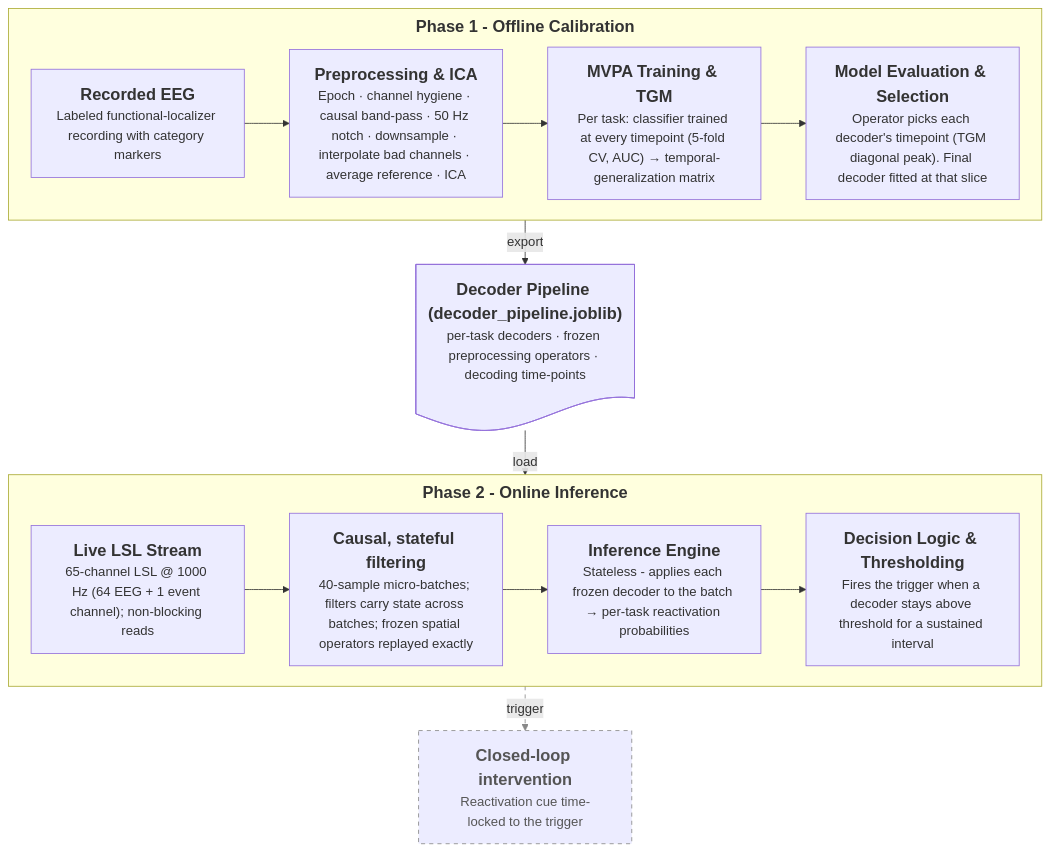
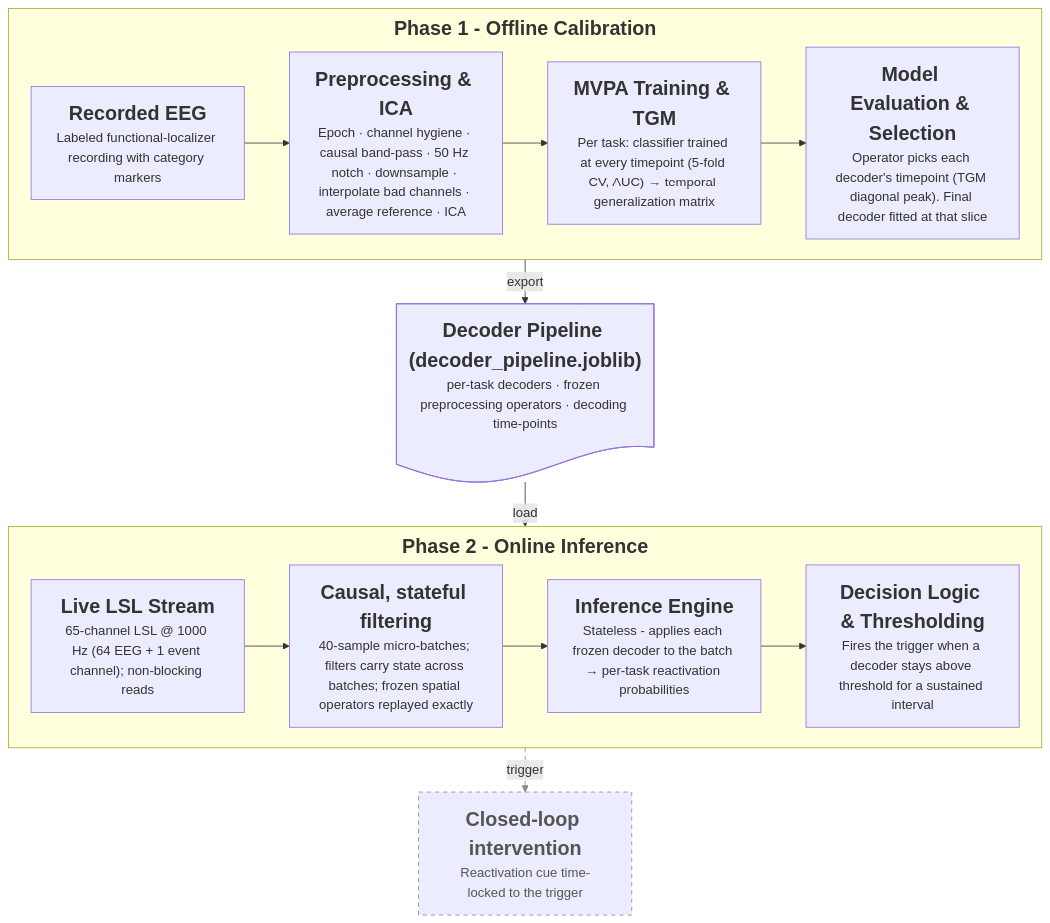
Before and after one commit to roiguri/live-reactivation-decoder: the second of 5 diagrams in docs/diagrams/Project Diagrams Blueprints.md, drawn with Mermaid. The commit also changed other lines of this file and 5 other files, not shown here.

Commit message:
docs(diagrams): update diagram images for clarity and consistency

````diff
--- a/docs/diagrams/Project Diagrams Blueprints.md
+++ b/docs/diagrams/Project Diagrams Blueprints.md
@@ -94,41 +94,41 @@
 ```mermaid
 ---
 config:
   flowchart:
     subGraphTitleMargin:
       top: 6
       bottom: 16
     rankSpacing: 30
     nodeSpacing: 30
 ---
 flowchart TB
-    subgraph P1["<span style='font-size:20px'><b>Phase 1 - Offline Calibration</b></span>"]
+    subgraph P1["<span style='font-size:24px'><b>Phase 1 - Offline Calibration</b></span>"]
         direction LR
-        Data1["<span style='font-size:20px'><b>Recorded EEG</b></span><br>Labeled functional-localizer recording with category markers"]
-        Pre1["<span style='font-size:20px'><b>Preprocessing & ICA</b></span><br>Epoch · channel hygiene · causal band-pass · 50 Hz notch · downsample · interpolate bad channels · average reference · ICA"]
-        Train1["<span style='font-size:20px'><b>MVPA Training & TGM</b></span><br>Per task: classifier trained at every timepoint (5-fold CV, AUC) → temporal-generalization matrix"]
-        Sel1["<span style='font-size:20px'><b>Model Evaluation & Selection</b></span><br>Operator picks each decoder's timepoint (TGM diagonal peak). Final decoder fitted at that slice"]
+        Data1["<span style='font-size:24px'><b>Recorded EEG</b></span><br><span style='font-size:16px'>Labeled functional-localizer recording with category markers</span>"]
+        Pre1["<span style='font-size:24px'><b>Preprocessing & ICA</b></span><br><span style='font-size:16px'>Epoch · channel hygiene · causal band-pass · 50 Hz notch · downsample · interpolate bad channels · average reference · ICA</span>"]
+        Train1["<span style='font-size:24px'><b>MVPA Training & TGM</b></span><br><span style='font-size:16px'>Per task: classifier trained at every timepoint (5-fold CV, AUC) → temporal-generalization matrix</span>"]
+        Sel1["<span style='font-size:24px'><b>Model Evaluation & Selection</b></span><br><span style='font-size:16px'>Operator picks each decoder's timepoint (TGM diagonal peak). Final decoder fitted at that slice</span>"]
         Data1 --> Pre1 --> Train1 --> Sel1
     end
 
-    Pipe@{ shape: doc, label: "<span style='font-size:20px'><b>Decoder Pipeline (decoder_pipeline.joblib)</b></span><br>per-task decoders · frozen preprocessing operators · decoding time-points" }
+    Pipe@{ shape: doc, label: "<span style='font-size:24px'><b>Decoder Pipeline (decoder_pipeline.joblib)</b></span><br><span style='font-size:16px'>per-task decoders · frozen preprocessing operators · decoding time-points</span>" }
 
-    subgraph P2["<span style='font-size:20px'><b>Phase 2 - Online Inference</b></span>"]
+    subgraph P2["<span style='font-size:24px'><b>Phase 2 - Online Inference</b></span>"]
         direction LR
-        Stream2["<span style='font-size:20px'><b>Live LSL Stream</b></span><br>65-channel LSL @ 1000 Hz (64 EEG + 1 event channel); non-blocking reads"]
-        Filt2["<span style='font-size:20px'><b>Causal, stateful filtering</b></span><br>40-sample micro-batches; filters carry state across batches; frozen spatial operators replayed exactly"]
-        Inf2["<span style='font-size:20px'><b>Inference Engine</b></span><br>Stateless - applies each frozen decoder to the batch → per-task reactivation probabilities"]
-        Dec2["<span style='font-size:20px'><b>Decision Logic & Thresholding</b></span><br>Fires the trigger when a decoder stays above threshold for a sustained interval"]
+        Stream2["<span style='font-size:24px'><b>Live LSL Stream</b></span><br><span style='font-size:16px'>65-channel LSL @ 1000 Hz (64 EEG + 1 event channel); non-blocking reads</span>"]
+        Filt2["<span style='font-size:24px'><b>Causal, stateful filtering</b></span><br><span style='font-size:16px'>40-sample micro-batches; filters carry state across batches; frozen spatial operators replayed exactly</span>"]
+        Inf2["<span style='font-size:24px'><b>Inference Engine</b></span><br><span style='font-size:16px'>Stateless - applies each frozen decoder to the batch → per-task reactivation probabilities</span>"]
+        Dec2["<span style='font-size:24px'><b>Decision Logic & Thresholding</b></span><br><span style='font-size:16px'>Fires the trigger when a decoder stays above threshold for a sustained interval</span>"]
         Stream2 --> Filt2 --> Inf2 --> Dec2
     end
 
-    Interv["<span style='font-size:20px'><b>Closed-loop intervention</b></span><br>Reactivation cue time-locked to the trigger"]
+    Interv["<span style='font-size:24px'><b>Closed-loop intervention</b></span><br><span style='font-size:16px'>Reactivation cue time-locked to the trigger</span>"]
 
     Sel1 -->|export| Pipe
     Pipe -->|load| P2
     Dec2 -->|trigger| Interv
 
     classDef future stroke:#888,stroke-dasharray: 5 5,color:#555;
     class Interv future;
     linkStyle 8 stroke:#888,stroke-dasharray: 5 5;
 ```
````
